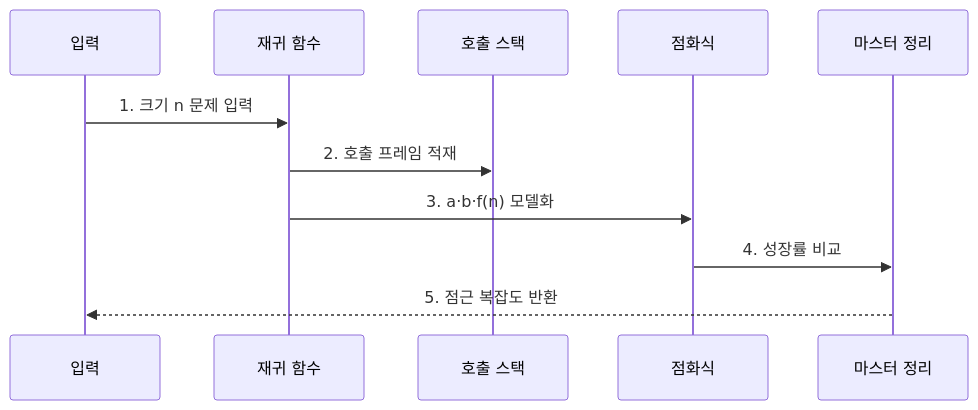
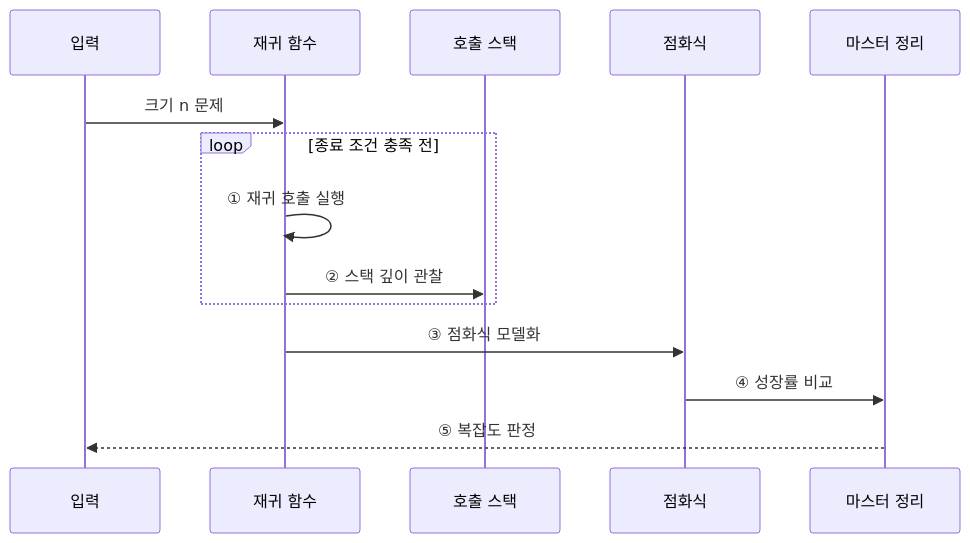
The third of 3 diagrams in src/content/docs/notes/01-basic-theory/058_recursive_algo_master.md (agnusdei1207/knowledge-base), drawn with Mermaid before and after one commit. The commit also changed other lines of this file and 22 other files, not shown here.

````diff
--- a/src/content/docs/notes/01-basic-theory/058_recursive_algo_master.md
+++ b/src/content/docs/notes/01-basic-theory/058_recursive_algo_master.md
@@ -76,13 +94,16 @@
 ```mermaid
 sequenceDiagram
     participant I as 입력
     participant F as 재귀 함수
     participant S as 호출 스택
     participant R as 점화식
     participant M as 마스터 정리
-    I->>F: 1. 크기 n 문제 입력
-    F->>S: 2. 호출 프레임 적재
-    F->>R: 3. a·b·f(n) 모델화
-    R->>M: 4. 성장률 비교
-    M-->>I: 5. 점근 복잡도 반환
+    I->>F: 크기 n 문제
+    loop 종료 조건 충족 전
+        F->>F: ① 재귀 호출 실행
+        F->>S: ② 스택 깊이 관찰
+    end
+    F->>R: ③ 점화식 모델화
+    R->>M: ④ 성장률 비교
+    M-->>I: ⑤ 복잡도 판정
 ```
````
